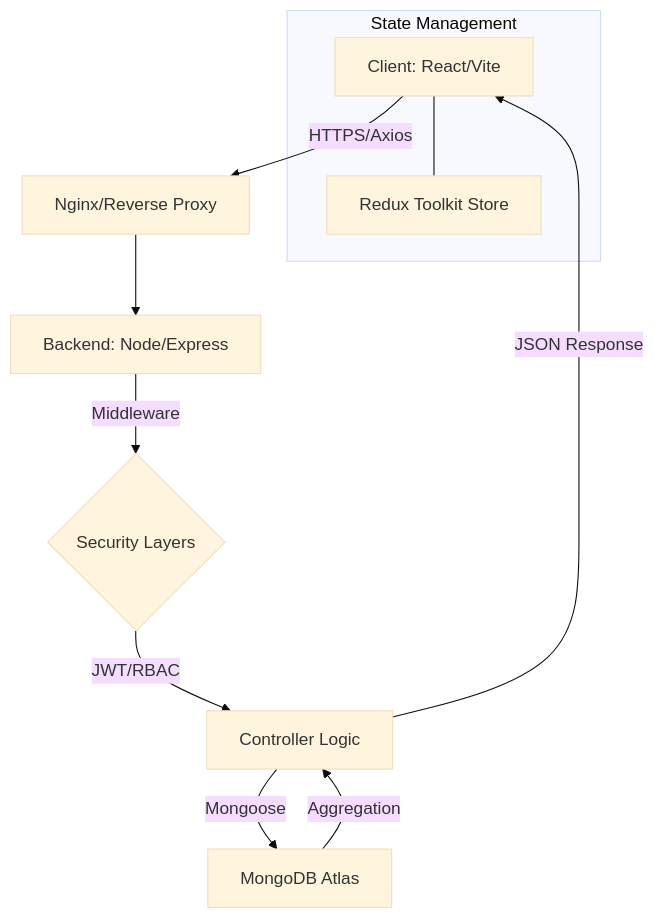
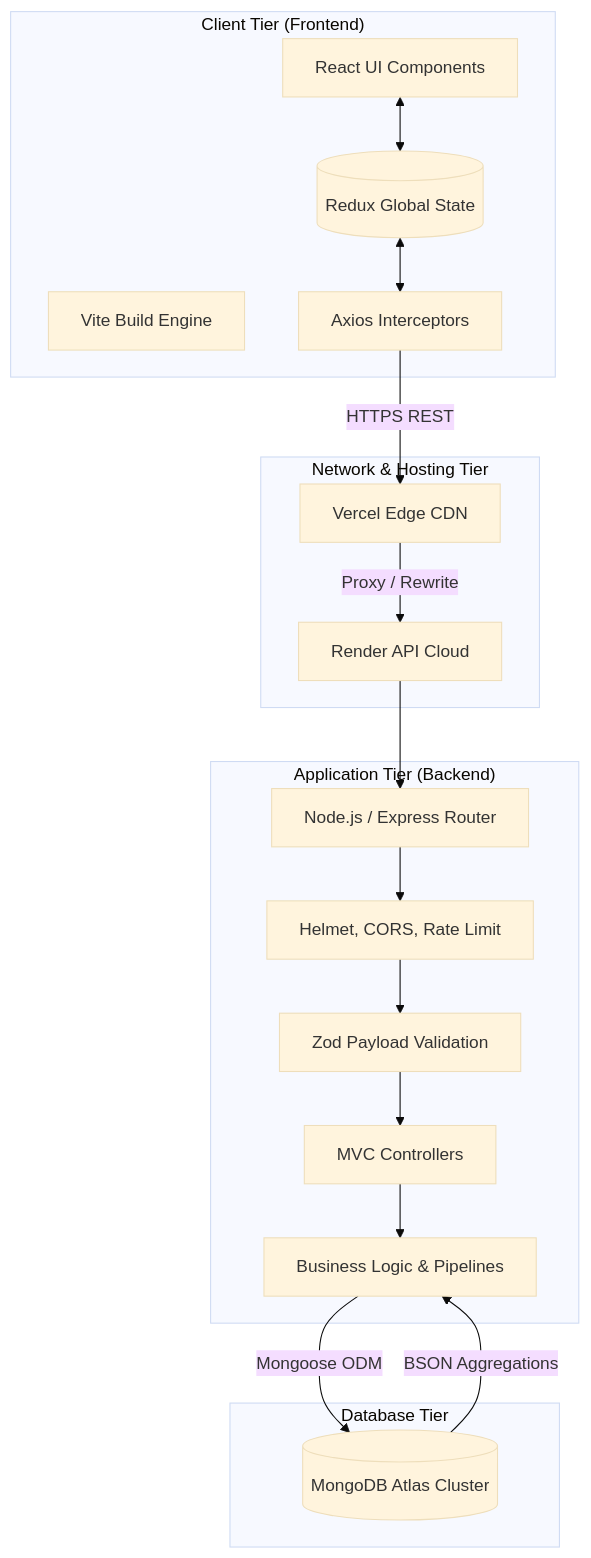
Before and after one commit to Kavathiya-Harsh/human_capital_project_sahoo_priyabrata: the first of 2 diagrams in README.md, drawn with Mermaid (base theme). The commit also changed other lines of this file, not shown here.

Commit message:
docs: add comprehensive system architecture and full application workflow

````diff
--- a/README.md
+++ b/README.md
@@ -91,13 +93,38 @@
 ```mermaid
-graph TD
-    A[Client: React/Vite] -->|HTTPS/Axios| B[Nginx/Reverse Proxy]
-    B --> C[Backend: Node/Express]
-    C -->|Middleware| D{Security Layers}
-    D -->|JWT/RBAC| E[Controller Logic]
-    E -->|Mongoose| F[MongoDB Atlas]
-    F -->|Aggregation| E
-    E -->|JSON Response| A
-    subgraph "State Management"
-    A --- G[Redux Toolkit Store]
+graph TB
+    subgraph "Client Tier (Frontend)"
+        UI[React UI Components]
+        Redux[(Redux Global State)]
+        Vite[Vite Build Engine]
+        Axios[Axios Interceptors]
+        UI <--> Redux
+        Redux <--> Axios
+    end
+
+    subgraph "Network & Hosting Tier"
+        Vercel[Vercel Edge CDN]
+        Render[Render API Cloud]
+        Axios -->|HTTPS REST| Vercel
+        Vercel -->|Proxy / Rewrite| Render
+    end
+
+    subgraph "Application Tier (Backend)"
+        Express[Node.js / Express Router]
+        Security[Helmet, CORS, Rate Limit]
+        Zod[Zod Payload Validation]
+        Controllers[MVC Controllers]
+        Services[Business Logic & Pipelines]
+        
+        Render --> Express
+        Express --> Security
+        Security --> Zod
+        Zod --> Controllers
+        Controllers --> Services
+    end
+
+    subgraph "Database Tier"
+        Mongo[(MongoDB Atlas Cluster)]
+        Services -->|Mongoose ODM| Mongo
+        Mongo -->|BSON Aggregations| Services
     end
 ```
````
